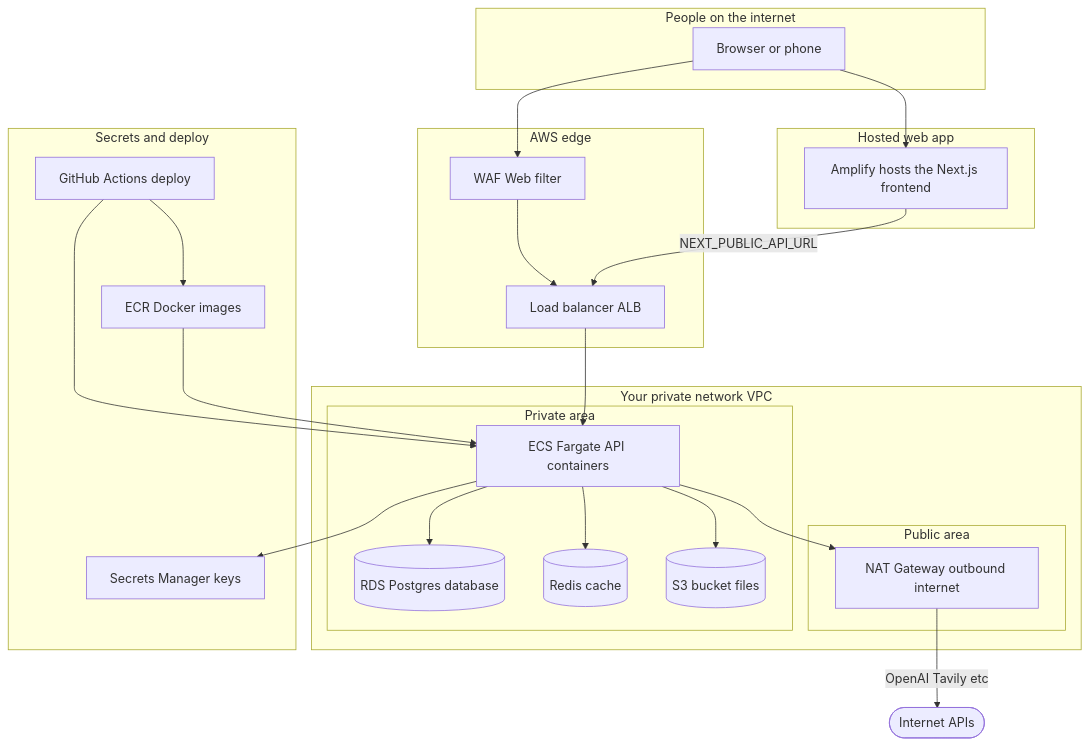
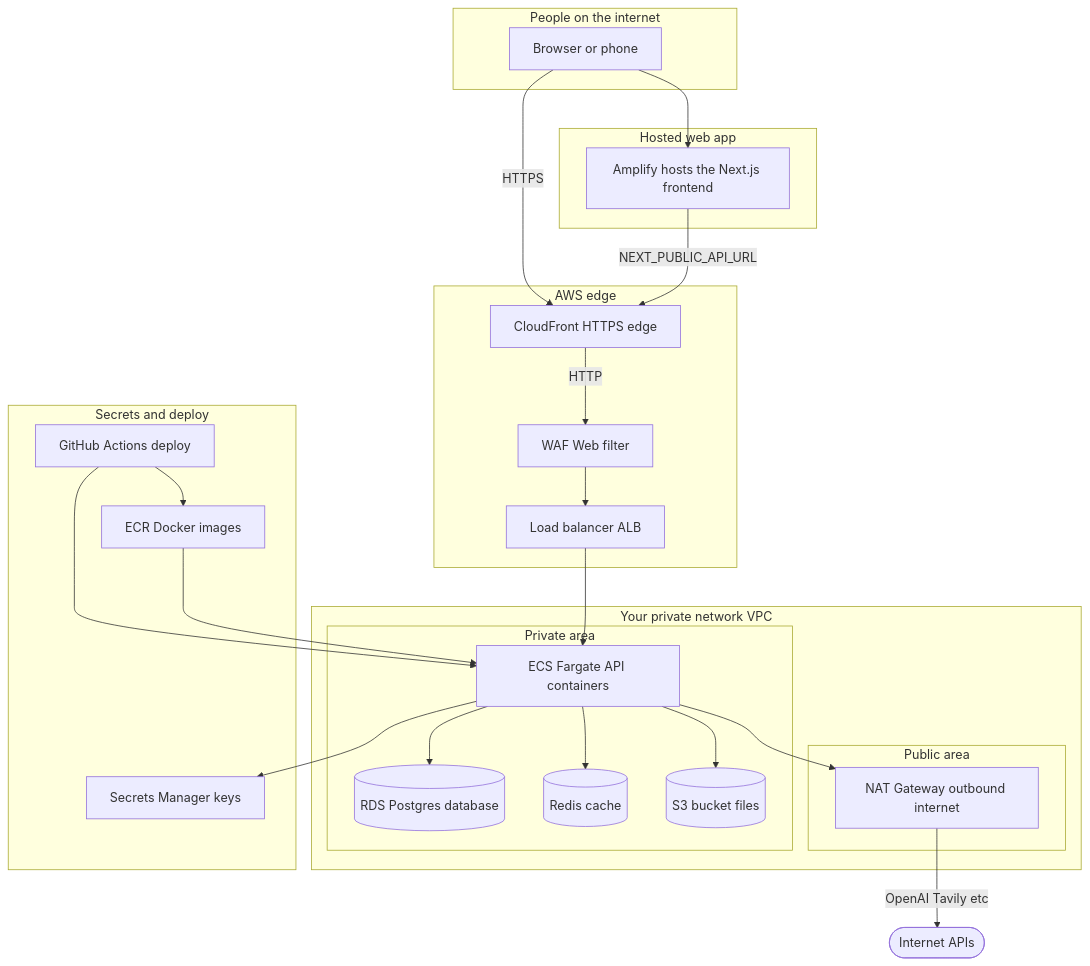
One commit to Conqueror102/B4Build changed the diagram in docs/INFRASTRUCTURE_EXPLAINED.md. Above: the diagram before and after it, drawn with Mermaid. The commit also changed other lines of this file and 13 other files, not shown here.

Commit message:
update: put the alb in front of cloudfront to fix the https vs http mismatch issue

````diff
--- a/docs/INFRASTRUCTURE_EXPLAINED.md
+++ b/docs/INFRASTRUCTURE_EXPLAINED.md
@@ -17,48 +17,50 @@
 ```mermaid
 flowchart TB
   subgraph users [People on the internet]
     U[Browser or phone]
   end
 
   subgraph aws_edge [AWS edge]
+    CF[CloudFront HTTPS edge]
     WAF[WAF Web filter]
     ALB[Load balancer ALB]
   end
 
   subgraph amplify_zone [Hosted web app]
     AMP[Amplify hosts the Next.js frontend]
   end
 
   subgraph vpc [Your private network VPC]
     subgraph public [Public area]
       NAT[NAT Gateway outbound internet]
     end
     subgraph private [Private area]
       ECS[ECS Fargate API containers]
       RDS[(RDS Postgres database)]
       REDIS[(Redis cache)]
       S3[(S3 bucket files)]
     end
   end
 
   subgraph secrets [Secrets and deploy]
     SM[Secrets Manager keys]
     ECR[ECR Docker images]
     GH[GitHub Actions deploy]
   end
 
   U --> AMP
-  U --> WAF
+  U -->|"HTTPS"| CF
+  CF -->|"HTTP"| WAF
   WAF --> ALB
   ALB --> ECS
-  AMP -->|"NEXT_PUBLIC_API_URL"| ALB
+  AMP -->|"NEXT_PUBLIC_API_URL"| CF
   ECS --> RDS
   ECS --> REDIS
   ECS --> S3
   ECS --> NAT
   NAT -->|"OpenAI Tavily etc"| Internet([Internet APIs])
   ECS --> SM
   GH --> ECR
   GH --> ECS
   ECR --> ECS
 ```
````
